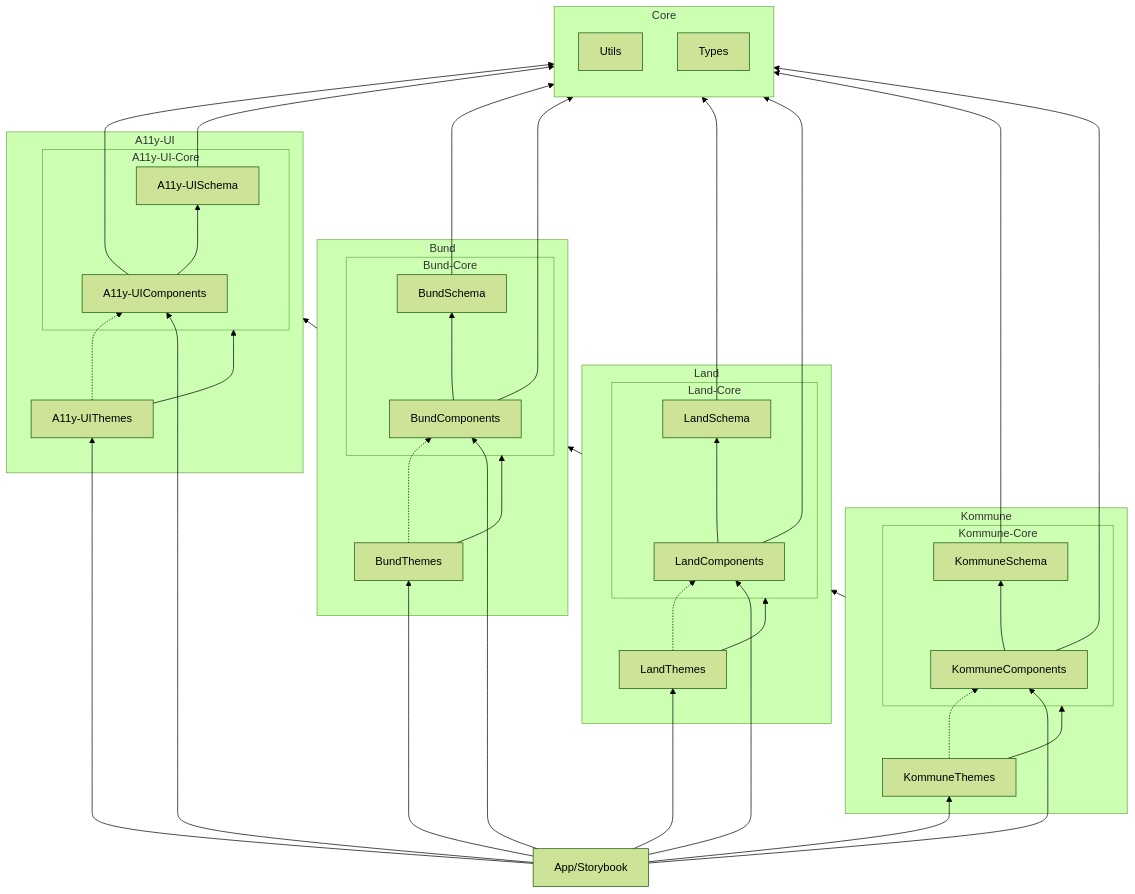
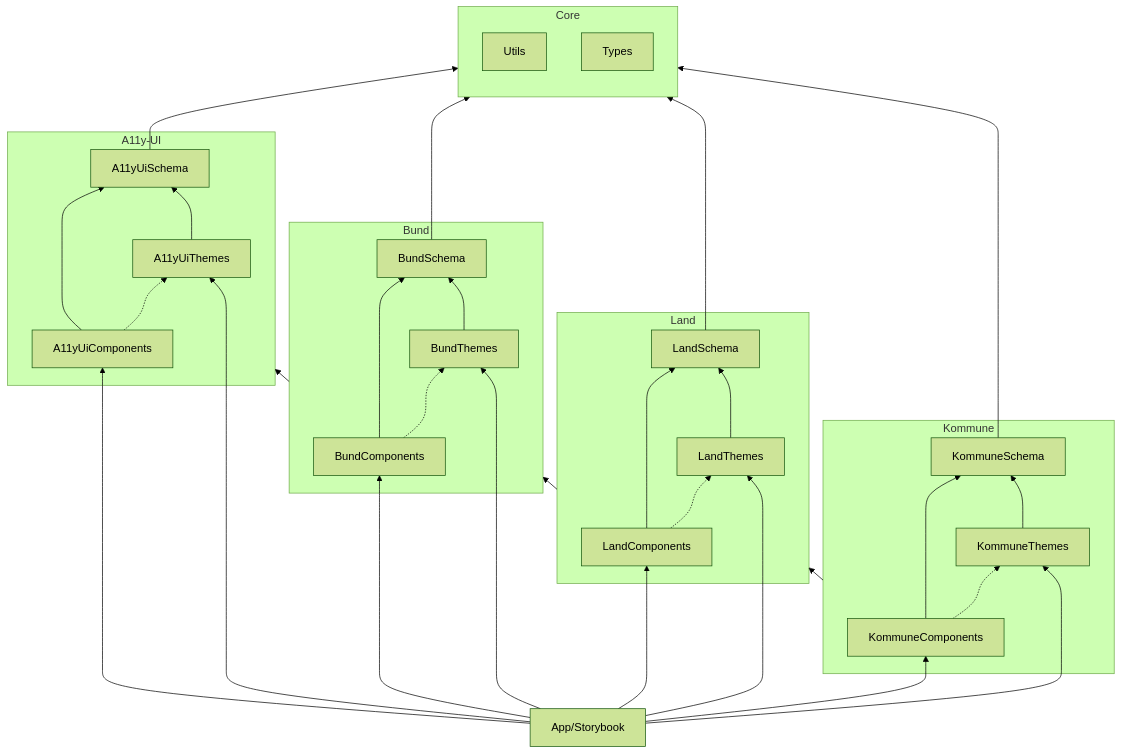
The second of 3 diagrams in README.md (deleonio/adopted-style-sheets), drawn with Mermaid (forest theme) before and after one commit. The commit also changed other lines of this file, not shown here.

````diff
--- a/README.md
+++ b/README.md
@@ -45,54 +43,42 @@
 ```mermaid
   flowchart BT
     subgraph Bund
-      subgraph Bund-Core
-        BundComponents --> BundSchema
-      end
-      BundThemes --> Bund-Core
-      BundThemes -.-> BundComponents
+      BundComponents --> BundSchema
+      BundThemes --> BundSchema
+      BundComponents .-> BundThemes
     end
     subgraph Land
-      subgraph Land-Core
-        LandComponents -->LandSchema
-      end
-      LandThemes --> Land-Core
-      LandThemes -.-> LandComponents
+      LandComponents -->LandSchema
+      LandThemes --> LandSchema
+      LandComponents .-> LandThemes
     end
     subgraph Kommune
-      subgraph Kommune-Core
-        KommuneComponents --> KommuneSchema
-      end
-      KommuneThemes --> Kommune-Core
-      KommuneThemes -.-> KommuneComponents
+      KommuneComponents --> KommuneSchema
+      KommuneThemes --> KommuneSchema
+      KommuneComponents .-> KommuneThemes
     end
     subgraph A11y-UI
-      subgraph A11y-UI-Core
-        A11y-UIComponents --> A11y-UISchema
-      end
-      A11y-UIThemes --> A11y-UI-Core
-      A11y-UIThemes -.-> A11y-UIComponents
+      A11yUiComponents --> A11yUiSchema
+      A11yUiThemes --> A11yUiSchema
+      A11yUiComponents .-> A11yUiThemes
     end
     subgraph Core
       Utils
       Types
     end
     Bund --> A11y-UI
     Land --> Bund
     Kommune --> Land
-    A11y-UIComponents --> Core
-    A11y-UISchema --> Core
+    A11yUiSchema --> Core
     BundSchema --> Core
-    BundComponents --> Core
     LandSchema --> Core
-    LandComponents --> Core
     KommuneSchema --> Core
-    KommuneComponents --> Core
     App/Storybook --> BundComponents
     App/Storybook --> BundThemes
     App/Storybook --> LandComponents
     App/Storybook --> LandThemes
     App/Storybook --> KommuneComponents
     App/Storybook --> KommuneThemes
-    App/Storybook --> A11y-UIComponents
-    App/Storybook --> A11y-UIThemes
+    App/Storybook --> A11yUiComponents
+    App/Storybook --> A11yUiThemes
 ```
````
